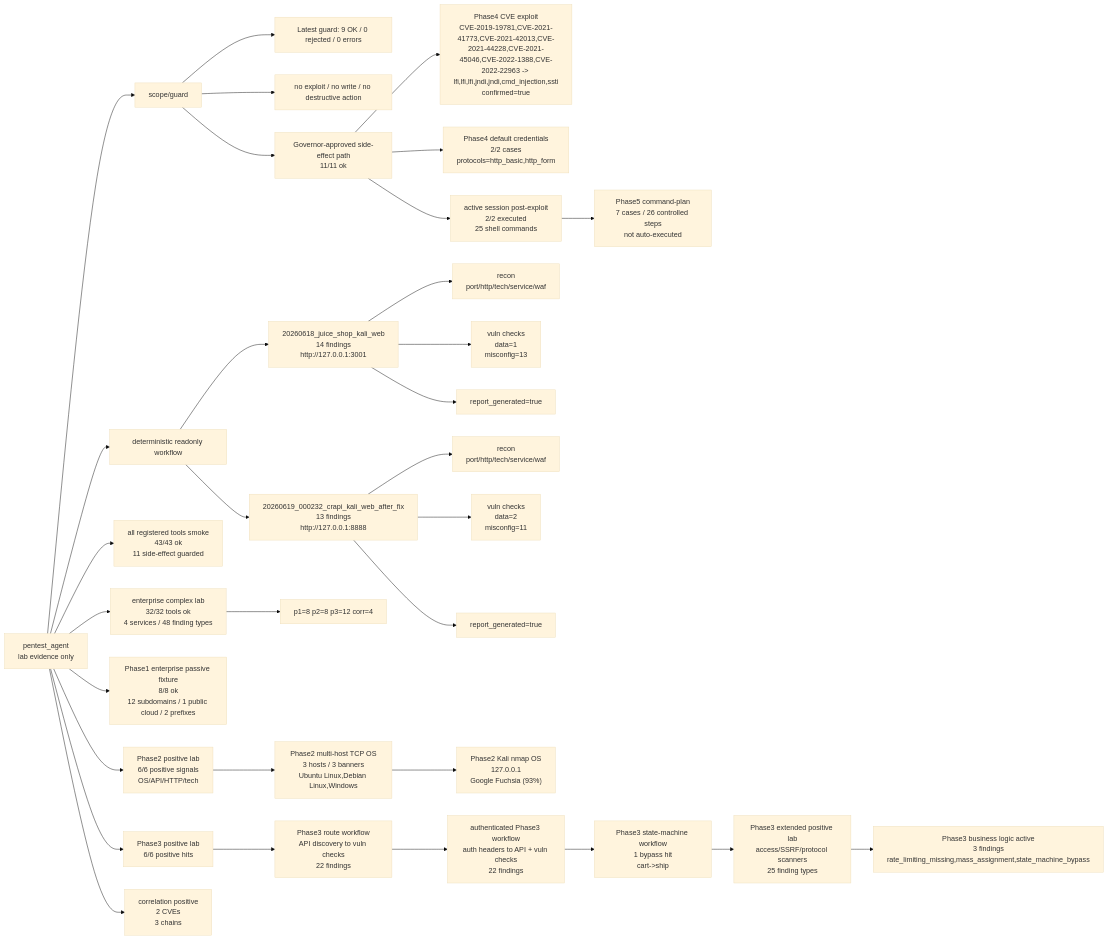
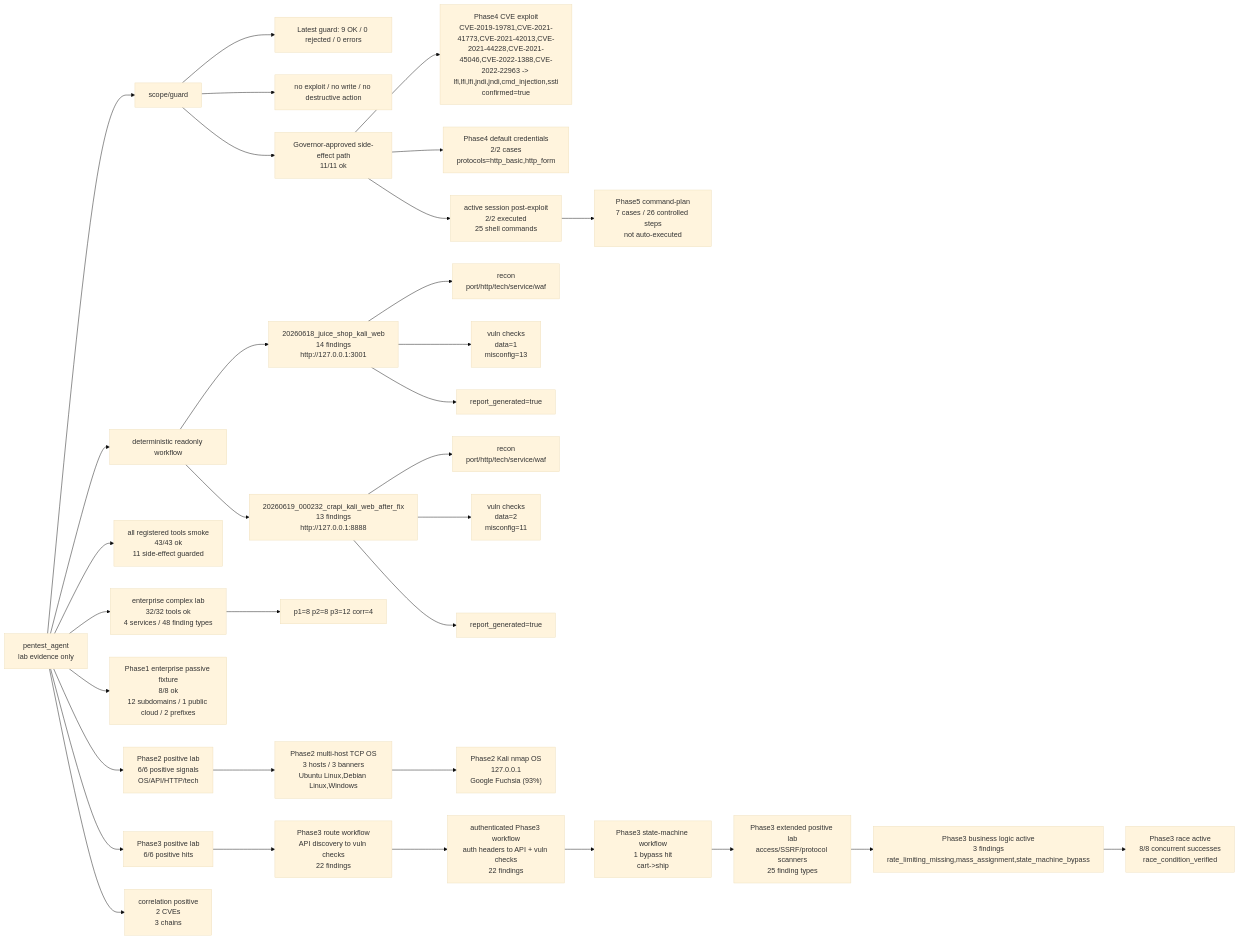
Before and after one commit to SakuraYoruno/Natsume_Ai: the diagram in docs/45_testing/pentest_agent_capability_map.md, drawn with Mermaid (base theme). The commit also changed other lines of this file and 8 other files, not shown here.

Commit message:
feat: add controlled race condition validation

````diff
--- a/docs/45_testing/pentest_agent_capability_map.md
+++ b/docs/45_testing/pentest_agent_capability_map.md
@@ -143,34 +149,35 @@
 ```mermaid
 flowchart LR
   A["pentest_agent\nlab evidence only"] --> G["scope/guard"]
   A --> W["deterministic readonly workflow"]
   G --> G1["Latest guard: 9 OK / 0 rejected / 0 errors"]
   G --> G2["no exploit / no write / no destructive action"]
   W --> L1["20260618_juice_shop_kali_web\n14 findings\nhttp://127.0.0.1:3001"]
   L1 --> L1R["recon\nport/http/tech/service/waf"]
   L1 --> L1V["vuln checks\ndata=1\nmisconfig=13"]
   L1 --> L1P["report_generated=true"]
   W --> L2["20260619_000232_crapi_kali_web_after_fix\n13 findings\nhttp://127.0.0.1:8888"]
   L2 --> L2R["recon\nport/http/tech/service/waf"]
   L2 --> L2V["vuln checks\ndata=2\nmisconfig=11"]
   L2 --> L2P["report_generated=true"]
   A --> S["all registered tools smoke\n43/43 ok\n11 side-effect guarded"]
   A --> EC["enterprise complex lab\n32/32 tools ok\n4 services / 48 finding types"]
   EC --> ECP["p1=8 p2=8 p3=12 corr=4"]
   A --> P1["Phase1 enterprise passive fixture\n8/8 ok\n12 subdomains / 1 public cloud / 2 prefixes"]
   A --> P2["Phase2 positive lab\n6/6 positive signals\nOS/API/HTTP/tech"]
   P2 --> P2M["Phase2 multi-host TCP OS\n3 hosts / 3 banners\nUbuntu Linux,Debian Linux,Windows"]
   P2M --> P2K["Phase2 Kali nmap OS\n127.0.0.1\nGoogle Fuchsia (93%)"]
   A --> P["Phase3 positive lab\n6/6 positive hits"]
   P --> R3["Phase3 route workflow\nAPI discovery to vuln checks\n22 findings"]
   R3 --> AR3["authenticated Phase3 workflow\nauth headers to API + vuln checks\n22 findings"]
   AR3 --> SM3["Phase3 state-machine workflow\n1 bypass hit\ncart->ship"]
   SM3 --> XP3["Phase3 extended positive lab\naccess/SSRF/protocol scanners\n25 finding types"]
   XP3 --> BL3["Phase3 business logic active\n3 findings\nrate_limiting_missing,mass_assignment,state_machine_bypass"]
+  BL3 --> RC3["Phase3 race active\n8/8 concurrent successes\nrace_condition_verified"]
   G --> E["Governor-approved side-effect path\n11/11 ok"]
   E --> CVE4["Phase4 CVE exploit\nCVE-2019-19781,CVE-2021-41773,CVE-2021-42013,CVE-2021-44228,CVE-2021-45046,CVE-2022-1388,CVE-2022-22963 -> lfi,lfi,lfi,jndi,jndi,cmd_injection,ssti\nconfirmed=true"]
   E --> DC4["Phase4 default credentials\n2/2 cases\nprotocols=http_basic,http_form"]
   A --> C["correlation positive\n2 CVEs\n3 chains"]
   E --> AS["active session post-exploit\n2/2 executed\n25 shell commands"]
   AS --> CP5["Phase5 command-plan\n7 cases / 26 controlled steps\nnot auto-executed"]
 ```
````
